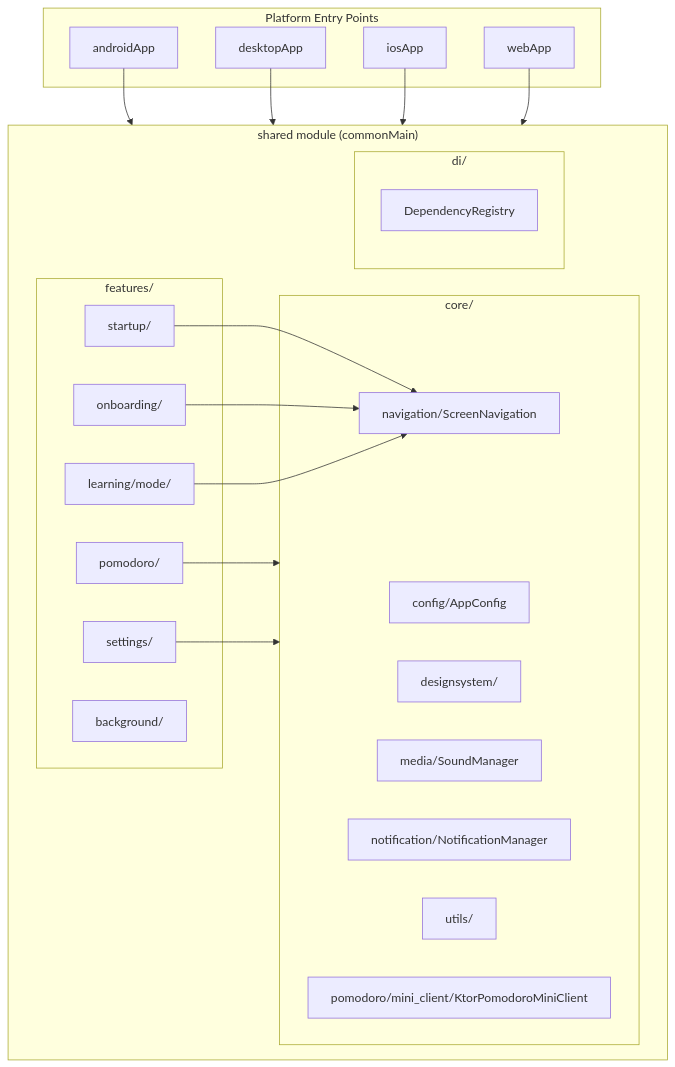
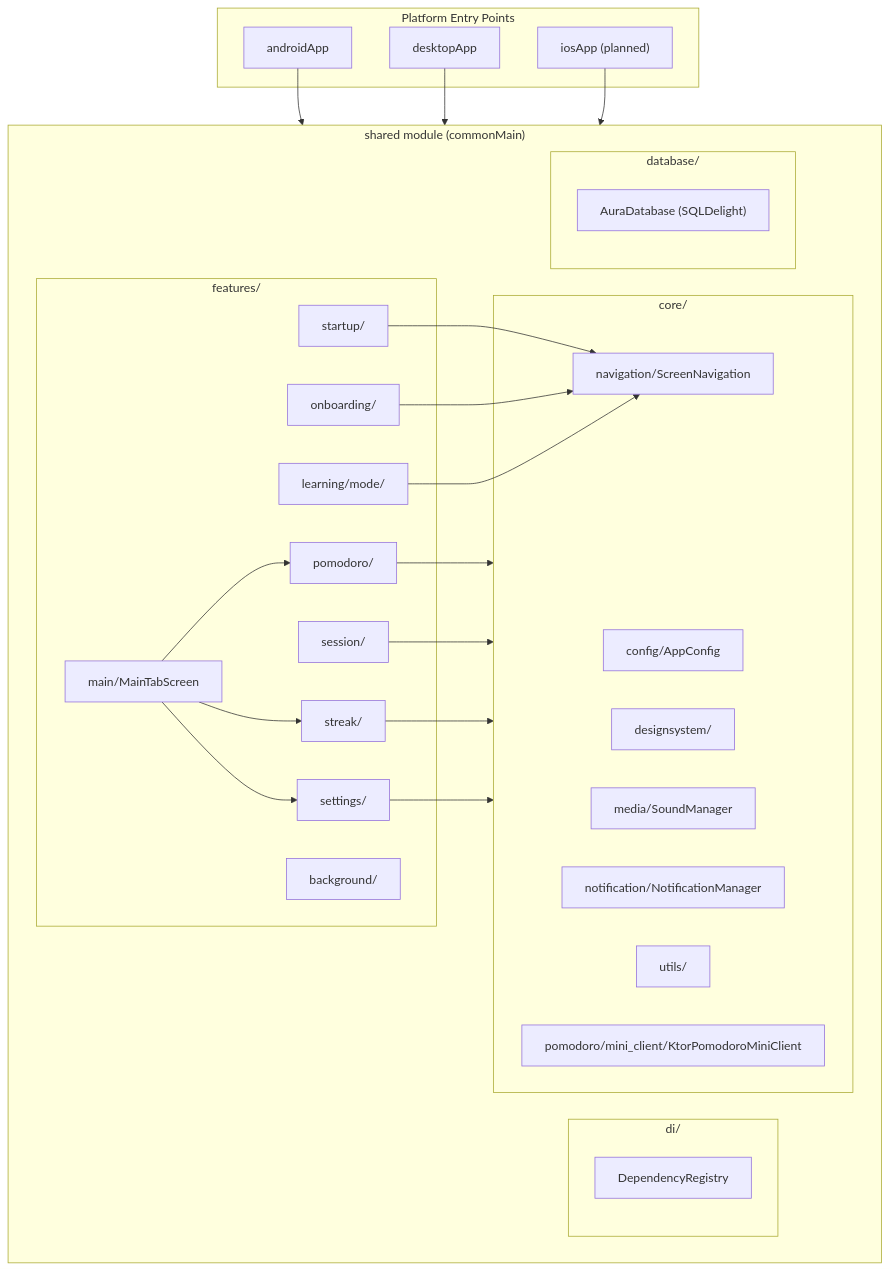
One commit to dominhhiep21/pomodro-app changed the first of 2 diagrams in aidlc-docs/inception/reverse-engineering/architecture.md. Above: the diagram before and after it, drawn with Mermaid. The commit also changed other lines of this file and 232 other files, not shown here.

````diff
--- a/aidlc-docs/inception/reverse-engineering/architecture.md
+++ b/aidlc-docs/inception/reverse-engineering/architecture.md
@@ -8,45 +8,55 @@
 ```mermaid
 graph TD
     subgraph Platforms["Platform Entry Points"]
         Android["androidApp"]
         Desktop["desktopApp"]
-        iOS["iosApp"]
-        Web["webApp"]
+        iOS["iosApp (planned)"]
     end
 
     subgraph Shared["shared module (commonMain)"]
         subgraph Core["core/"]
             Config["config/AppConfig"]
             DesignSystem["designsystem/"]
             Media["media/SoundManager"]
             Navigation["navigation/ScreenNavigation"]
             Notification["notification/NotificationManager"]
             Utils["utils/"]
             MiniClient["pomodoro/mini_client/KtorPomodoroMiniClient"]
         end
         
         subgraph Features["features/"]
             Startup["startup/"]
             Onboarding["onboarding/"]
             Learning["learning/mode/"]
             Pomodoro["pomodoro/"]
+            Session["session/"]
+            Streak["streak/"]
             Settings["settings/"]
             Background["background/"]
+            MainTab["main/MainTabScreen"]
         end
         
         subgraph DI["di/"]
             Registry["DependencyRegistry"]
+        end
+
+        subgraph Database["database/"]
+            AuraDB["AuraDatabase (SQLDelight)"]
         end
     end
 
     Android --> Shared
     Desktop --> Shared
     iOS --> Shared
-    Web --> Shared
     
     Startup --> Navigation
     Onboarding --> Navigation
     Learning --> Navigation
     Pomodoro --> Core
+    Session --> Core
+    Streak --> Core
     Settings --> Core
+    MainTab --> Pomodoro
+    MainTab --> Streak
+    MainTab --> Settings
 ```
````
